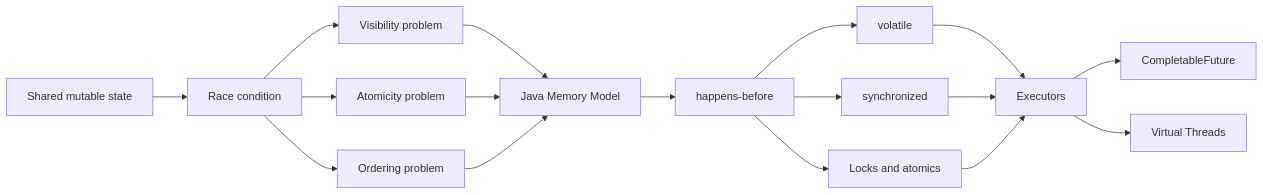
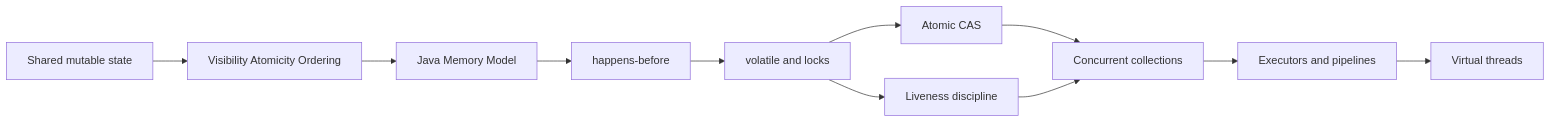
The first of 2 diagrams in 10_CONCEPTS/Java/Concurrency/Concurrency Learning Path.md (alimbetov/obsidian), drawn with Mermaid before and after one commit. The commit also changed other lines of this file, not shown here.

````diff
--- a/10_CONCEPTS/Java/Concurrency/Concurrency Learning Path.md
+++ b/10_CONCEPTS/Java/Concurrency/Concurrency Learning Path.md
@@ -30,19 +28,13 @@
 ```mermaid
 flowchart LR
-    A[Shared mutable state] --> B[Race condition]
-    B --> C[Visibility problem]
-    B --> D[Atomicity problem]
-    B --> E[Ordering problem]
-    C --> F[Java Memory Model]
-    D --> F
-    E --> F
-    F --> G[happens-before]
-    G --> H[volatile]
-    G --> I[synchronized]
-    G --> J[Locks and atomics]
-    H --> K[Executors]
-    I --> K
-    J --> K
-    K --> L[CompletableFuture]
-    K --> M[Virtual Threads]
+    A[Shared mutable state] --> B[Visibility Atomicity Ordering]
+    B --> C[Java Memory Model]
+    C --> D[happens-before]
+    D --> E[volatile and locks]
+    E --> F[Atomic CAS]
+    E --> G[Liveness discipline]
+    F --> H[Concurrent collections]
+    G --> H
+    H --> I[Executors and pipelines]
+    I --> J[Virtual threads]
 ```
````
